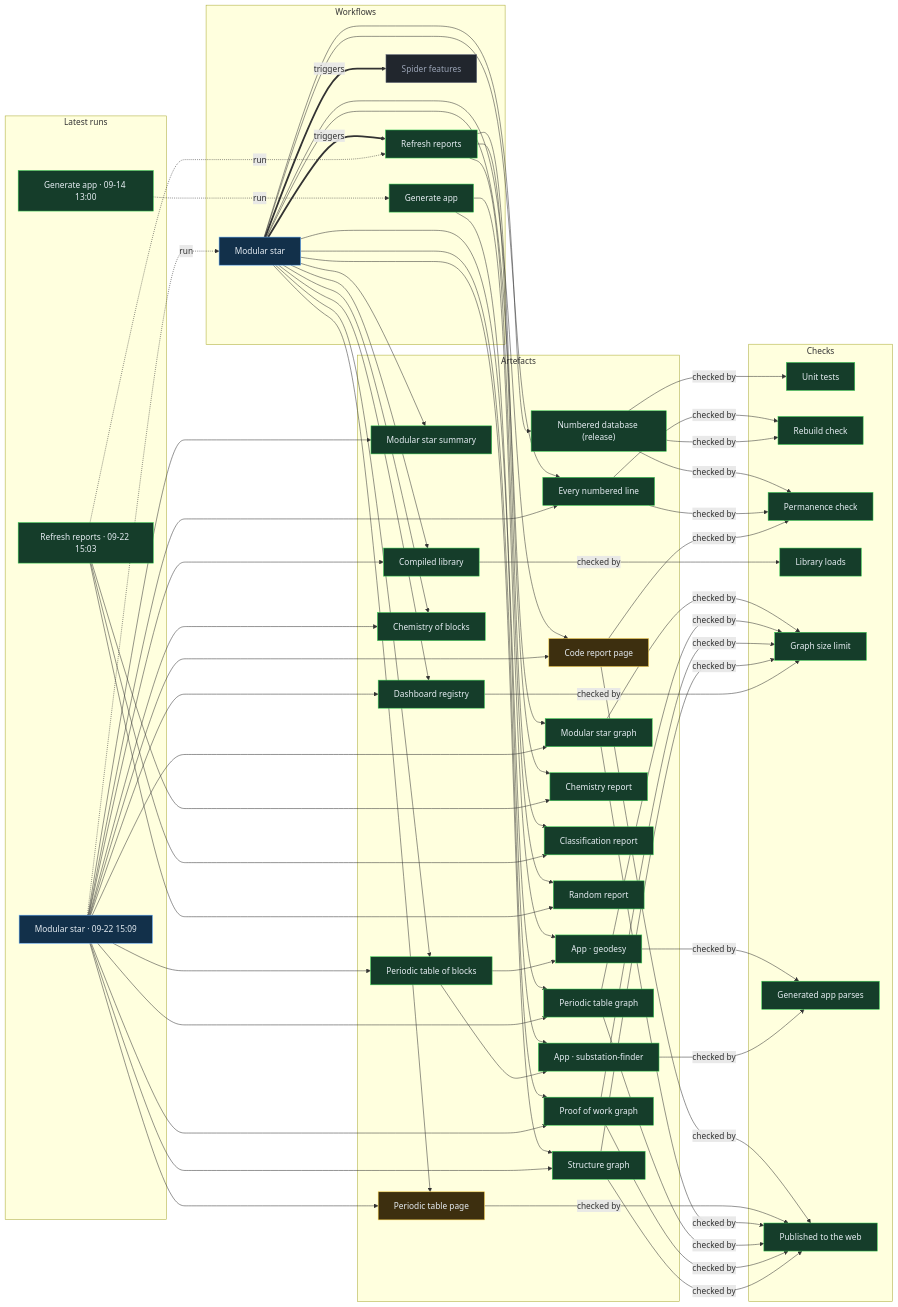
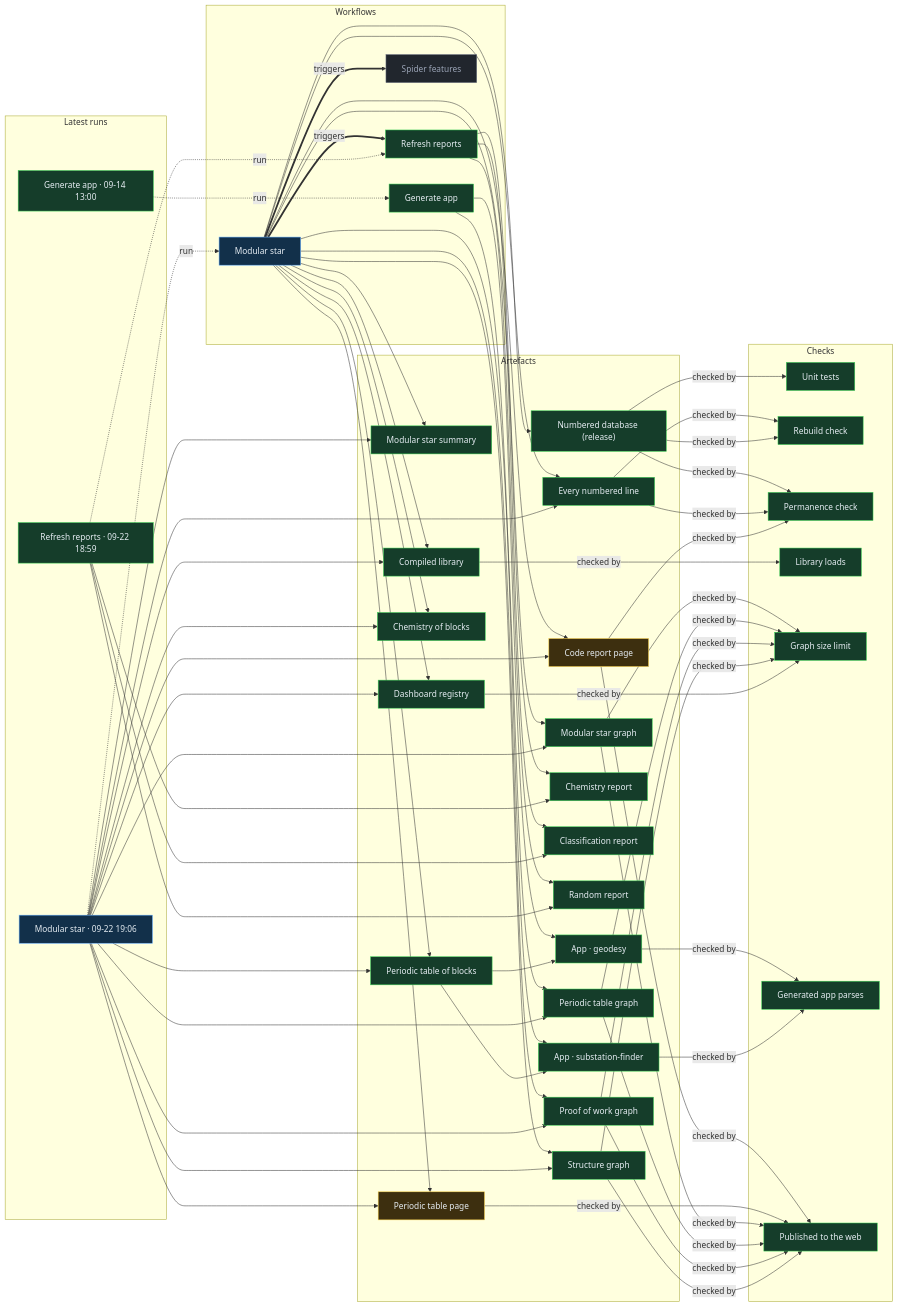
One commit to Ventusltd/stars changed the diagram in proof/PROOF.md. Above: the diagram before and after it, drawn with Mermaid. The commit also changed other lines of this file and 35 other files, not shown here.

Commit message:
Modular star 2026-09-22T19:08Z

```diff
--- a/proof/PROOF.md
+++ b/proof/PROOF.md
@@ -24,8 +24,8 @@
   n_wf_spider_features["Spider features"]:::off
   end
   subgraph g_runs["Latest runs"]
-  n_run_35745305571["Modular star · 09-22 15:09"]:::live
-  n_run_35744596265["Refresh reports · 09-22 15:03"]:::ok
+  n_run_35771570935["Modular star · 09-22 19:06"]:::live
+  n_run_35770872468["Refresh reports · 09-22 18:59"]:::ok
   n_run_34846587798["Generate app · 09-14 13:00"]:::ok
   end
   subgraph g_artefacts["Artefacts"]
@@ -59,39 +59,39 @@
   end
   n_wf_modular_star == triggers ==> n_wf_refresh
   n_wf_modular_star == triggers ==> n_wf_spider_features
-  n_run_35745305571 -. run .-> n_wf_modular_star
-  n_run_35744596265 -. run .-> n_wf_refresh
+  n_run_35771570935 -. run .-> n_wf_modular_star
+  n_run_35770872468 -. run .-> n_wf_refresh
   n_run_34846587798 -. run .-> n_wf_generate
   n_wf_modular_star --> n_art_summary
-  n_run_35745305571 --> n_art_summary
+  n_run_35771570935 --> n_art_summary
   n_wf_modular_star --> n_art_lines
-  n_run_35745305571 --> n_art_lines
+  n_run_35771570935 --> n_art_lines
   n_wf_modular_star --> n_art_code
-  n_run_35745305571 --> n_art_code
+  n_run_35771570935 --> n_art_code
   n_wf_modular_star --> n_art_modular_graph
-  n_run_35745305571 --> n_art_modular_graph
+  n_run_35771570935 --> n_art_modular_graph
   n_wf_modular_star --> n_art_blocks
-  n_run_35745305571 --> n_art_blocks
+  n_run_35771570935 --> n_art_blocks
   n_wf_modular_star --> n_art_table
-  n_run_35745305571 --> n_art_table
+  n_run_35771570935 --> n_art_table
   n_wf_modular_star --> n_art_blocks_graph
-  n_run_35745305571 --> n_art_blocks_graph
+  n_run_35771570935 --> n_art_blocks_graph
   n_wf_modular_star --> n_art_reactions
-  n_run_35745305571 --> n_art_reactions
+  n_run_35771570935 --> n_art_reactions
   n_wf_modular_star --> n_art_library
-  n_run_35745305571 --> n_art_library
+  n_run_35771570935 --> n_art_library
   n_wf_modular_star --> n_art_features
-  n_run_35745305571 --> n_art_features
+  n_run_35771570935 --> n_art_features
   n_wf_modular_star --> n_art_proof
-  n_run_35745305571 --> n_art_proof
+  n_run_35771570935 --> n_art_proof
   n_wf_modular_star --> n_art_structure
-  n_run_35745305571 --> n_art_structure
+  n_run_35771570935 --> n_art_structure
   n_wf_refresh --> n_art_chemistry
-  n_run_35744596265 --> n_art_chemistry
+  n_run_35770872468 --> n_art_chemistry
   n_wf_refresh --> n_art_vedic
-  n_run_35744596265 --> n_art_vedic
+  n_run_35770872468 --> n_art_vedic
   n_wf_refresh --> n_art_random
-  n_run_35744596265 --> n_art_random
+  n_run_35770872468 --> n_art_random
   n_wf_modular_star --> n_art_release
   n_wf_generate --> n_app_geodesy
   n_art_blocks --> n_app_geodesy
```
